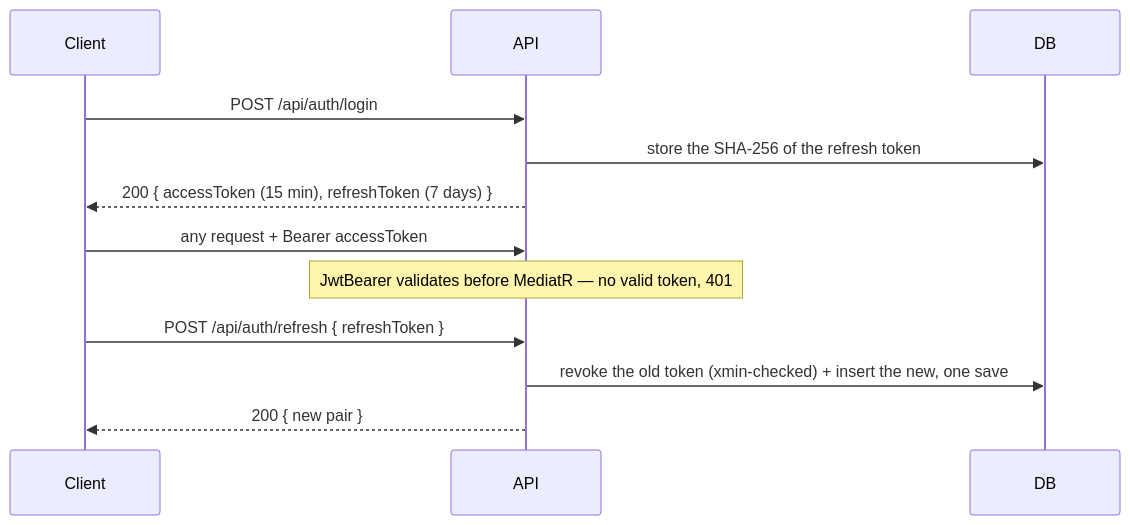
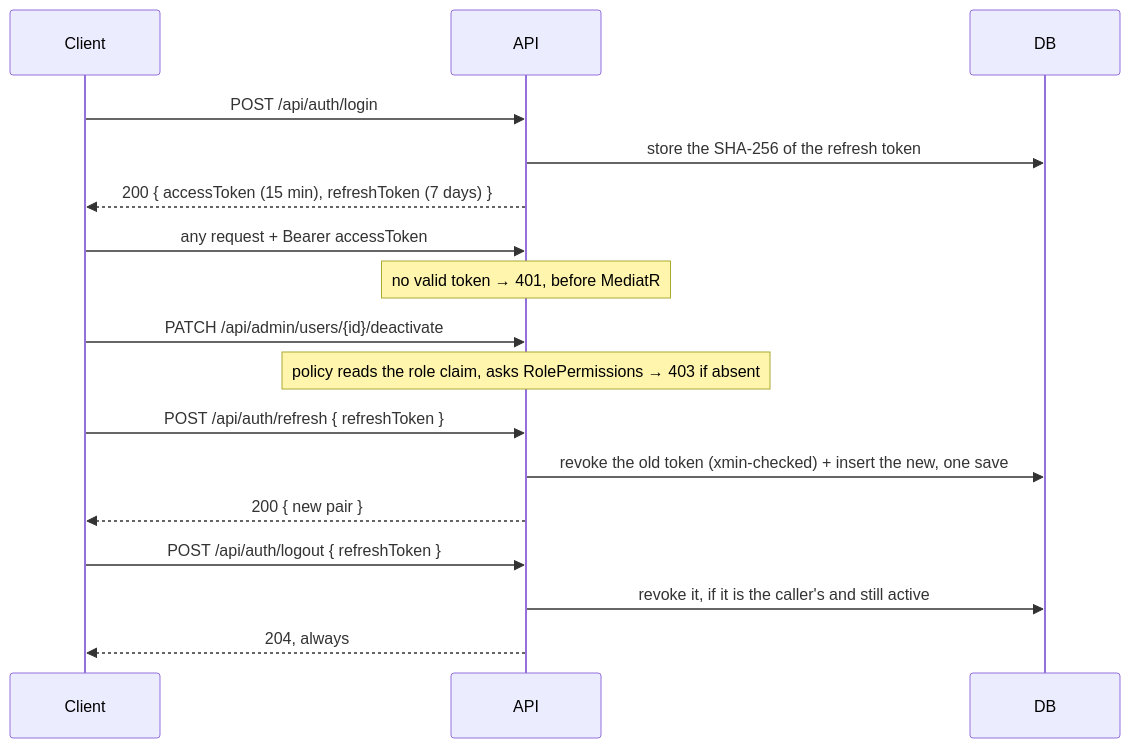
Before and after one commit to alamr-nawaf/StudyHub: the eighth of 8 diagrams in docs/ARCHITECTURE.md, drawn with Mermaid. The commit also changed other lines of this file and 40 other files, not shown here.

````diff
--- a/docs/ARCHITECTURE.md
+++ b/docs/ARCHITECTURE.md
@@ -461,14 +455,19 @@
 ```mermaid
 sequenceDiagram
     participant Client
     participant API
     participant DB
     Client->>API: POST /api/auth/login
     API->>DB: store the SHA-256 of the refresh token
     API-->>Client: 200 { accessToken (15 min), refreshToken (7 days) }
     Client->>API: any request + Bearer accessToken
-    Note over API: JwtBearer validates before MediatR — no valid token, 401
+    Note over API: no valid token → 401, before MediatR
+    Client->>API: PATCH /api/admin/users/{id}/deactivate
+    Note over API: policy reads the role claim, asks RolePermissions → 403 if absent
     Client->>API: POST /api/auth/refresh { refreshToken }
     API->>DB: revoke the old token (xmin-checked) + insert the new, one save
     API-->>Client: 200 { new pair }
+    Client->>API: POST /api/auth/logout { refreshToken }
+    API->>DB: revoke it, if it is the caller's and still active
+    API-->>Client: 204, always
 ```
````
